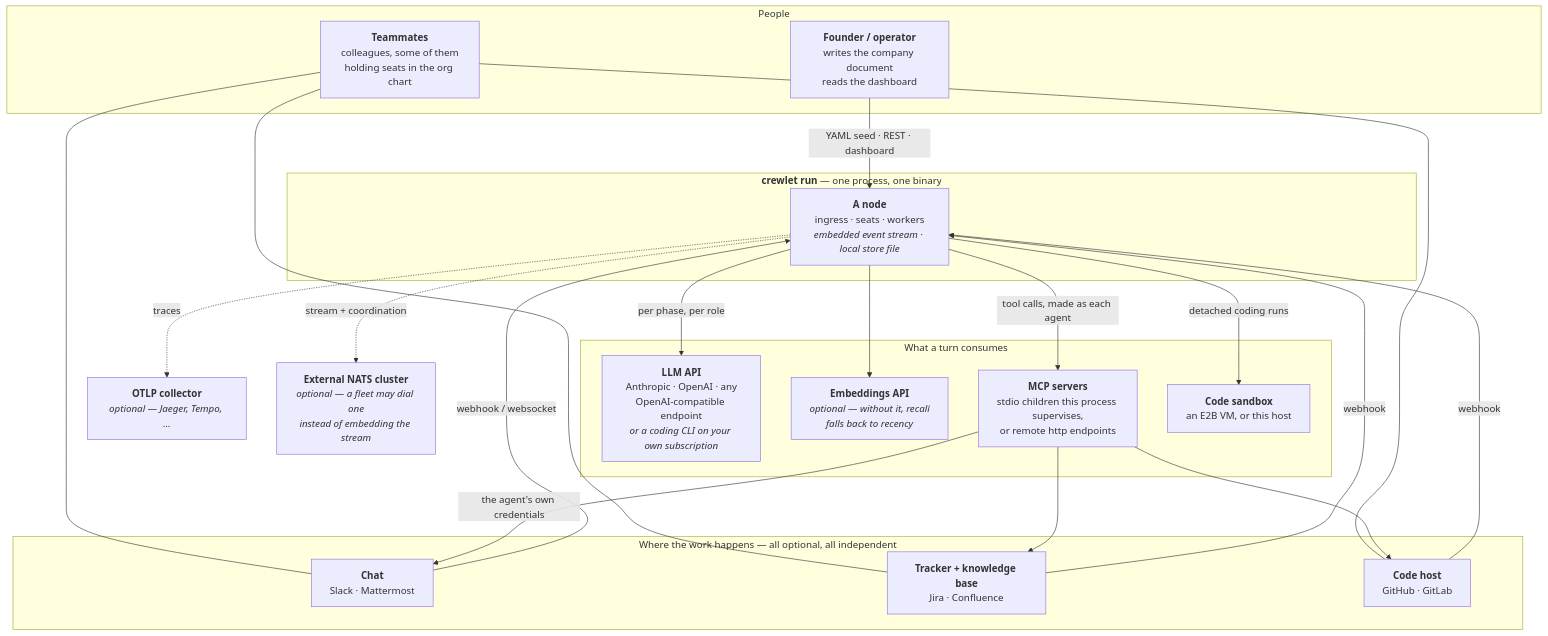
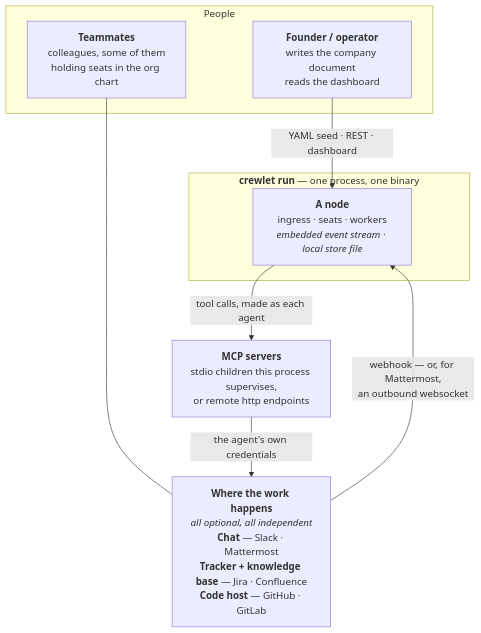
Before and after one commit to crewlet/crewlet: the first of 10 diagrams in docs/concepts/architecture.md, drawn with Mermaid. The commit also changed other lines of this file, not shown here.

````diff
--- a/docs/concepts/architecture.md
+++ b/docs/concepts/architecture.md
@@ -22,44 +26,21 @@
 ```mermaid
 flowchart TB
     subgraph people["People"]
         FOUNDER["<b>Founder / operator</b><br/>writes the company document<br/>reads the dashboard"]
         HUMANS["<b>Teammates</b><br/>colleagues, some of them<br/>holding seats in the org chart"]
     end
 
-    subgraph surfaces["Where the work happens — all optional, all independent"]
-        CHAT["<b>Chat</b><br/>Slack · Mattermost"]
-        TRACK["<b>Tracker + knowledge base</b><br/>Jira · Confluence"]
-        CODE["<b>Code host</b><br/>GitHub · GitLab"]
-    end
-
     subgraph proc["<b>crewlet run</b> — one process, one binary"]
         NODE["<b>A node</b><br/>ingress · seats · workers<br/><i>embedded event stream · local store file</i>"]
     end
 
-    subgraph supply["What a turn consumes"]
-        LLM["<b>LLM API</b><br/>Anthropic · OpenAI · any<br/>OpenAI-compatible endpoint<br/><i>or a coding CLI on your own subscription</i>"]
-        EMB["<b>Embeddings API</b><br/><i>optional — without it, recall<br/>falls back to recency</i>"]
-        MCPS["<b>MCP servers</b><br/>stdio children this process supervises,<br/>or remote http endpoints"]
-        BOX["<b>Code sandbox</b><br/>an E2B VM, or this host"]
-    end
+    MCPS["<b>MCP servers</b><br/>stdio children this process supervises,<br/>or remote http endpoints"]
 
-    OTEL["<b>OTLP collector</b><br/><i>optional — Jaeger, Tempo, …</i>"]
-    NATS["<b>External NATS cluster</b><br/><i>optional — a fleet may dial one<br/>instead of embedding the stream</i>"]
+    SURF["<b>Where the work happens</b><br/><i>all optional, all independent</i><br/><b>Chat</b> — Slack · Mattermost<br/><b>Tracker + knowledge base</b> — Jira · Confluence<br/><b>Code host</b> — GitHub · GitLab"]
 
     FOUNDER -->|"YAML seed · REST · dashboard"| NODE
-    HUMANS --- CHAT
-    HUMANS --- TRACK
-    HUMANS --- CODE
-    CHAT -->|"webhook / websocket"| NODE
-    TRACK -->|webhook| NODE
-    CODE -->|webhook| NODE
+    HUMANS --- SURF
+    SURF -->|"webhook — or, for Mattermost,<br/>an outbound websocket"| NODE
     NODE -->|"tool calls, made as each agent"| MCPS
-    MCPS -->|"the agent's own credentials"| CHAT
-    MCPS --> TRACK
-    MCPS --> CODE
-    NODE -->|"per phase, per role"| LLM
-    NODE --> EMB
-    NODE -->|"detached coding runs"| BOX
-    NODE -.->|traces| OTEL
-    NODE -.->|"stream + coordination"| NATS
+    MCPS -->|"the agent's own credentials"| SURF
 ```
````
